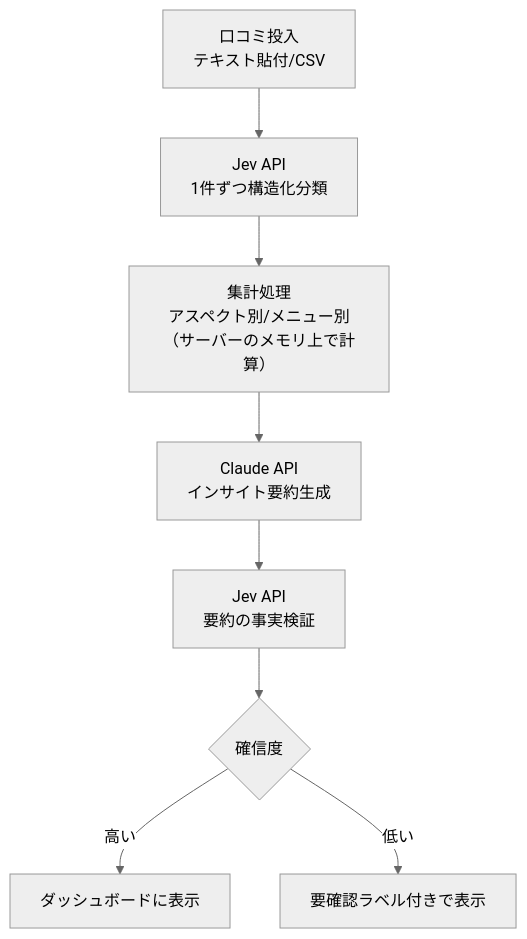
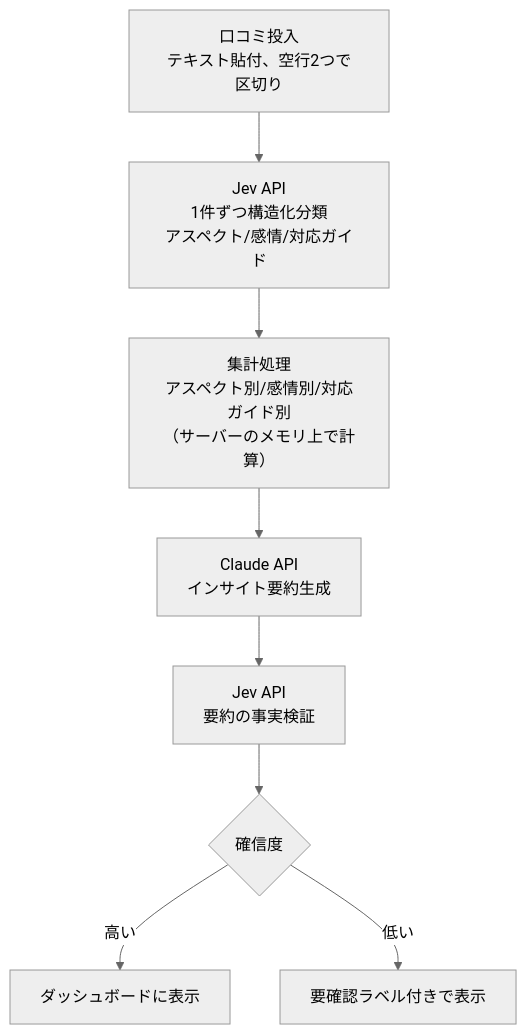
Before and after one commit to yuuki-nishino/restaurant-insight-verifier: the diagram in docs/architecture.md, drawn with Mermaid (neutral theme). The commit also changed other lines of this file and 12 other files, not shown here.

````diff
--- a/docs/architecture.md
+++ b/docs/architecture.md
@@ -15,10 +17,10 @@
 ```mermaid
 flowchart TD
-    A[口コミ投入<br/>テキスト貼付/CSV] --> B[Jev API<br/>1件ずつ構造化分類]
-    B --> C[集計処理<br/>アスペクト別/メニュー別<br/>（サーバーのメモリ上で計算）]
+    A[口コミ投入<br/>テキスト貼付、空行2つで区切り] --> B[Jev API<br/>1件ずつ構造化分類<br/>アスペクト/感情/対応ガイド]
+    B --> C[集計処理<br/>アスペクト別/感情別/対応ガイド別<br/>（サーバーのメモリ上で計算）]
     C --> D[Claude API<br/>インサイト要約生成]
     D --> E[Jev API<br/>要約の事実検証]
     E --> F{確信度}
     F -->|高い| G[ダッシュボードに表示]
     F -->|低い| H[要確認ラベル付きで表示]
 ```
````
